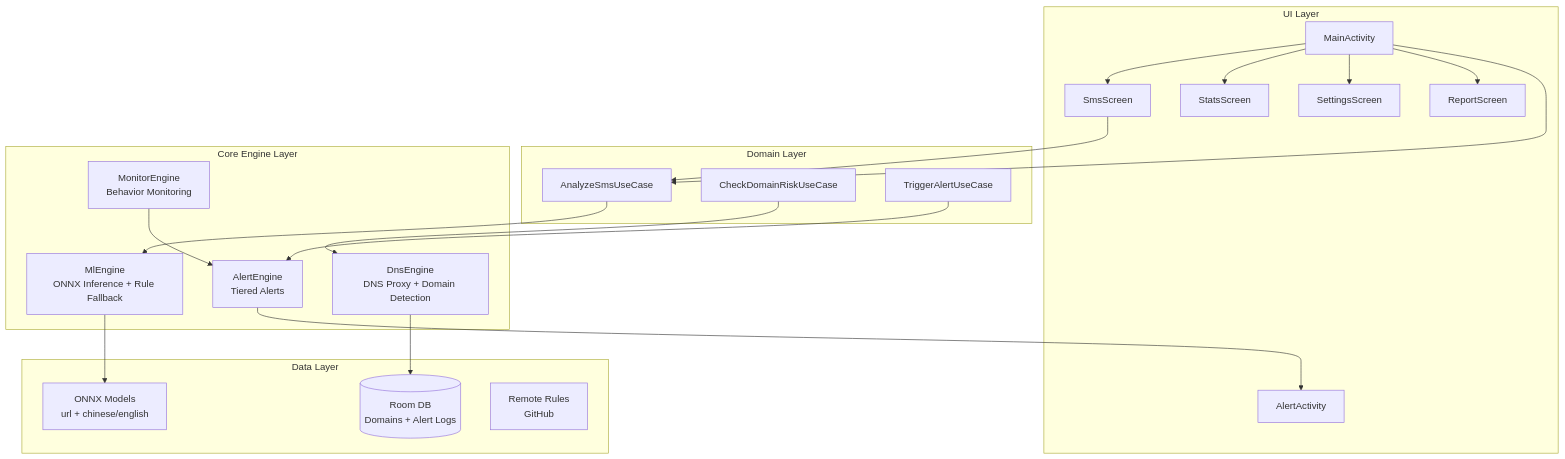
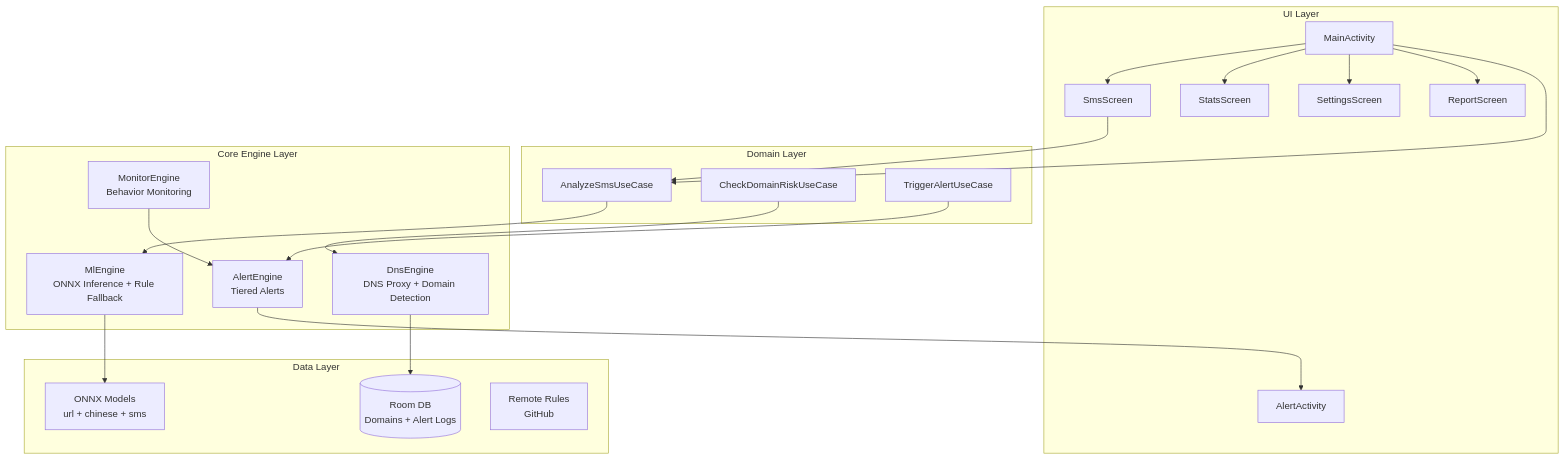
Before and after one commit to Tianshang301/TianshangGuard: the first of 3 diagrams in README.md, drawn with Mermaid. The commit also changed other lines of this file and 1 other file, not shown here.

````diff
--- a/README.md
+++ b/README.md
@@ -31,39 +32,39 @@
 ```mermaid
 graph TB
     subgraph Presentation["UI Layer"]
         A[MainActivity] --> B[SmsScreen]
         A --> C[StatsScreen]
         A --> D[SettingsScreen]
         A --> E[ReportScreen]
         F[AlertActivity]
     end
 
     subgraph Domain["Domain Layer"]
         G[AnalyzeSmsUseCase]
         H[CheckDomainRiskUseCase]
         I[TriggerAlertUseCase]
     end
 
     subgraph Core["Core Engine Layer"]
         J[DnsEngine<br/>DNS Proxy + Domain Detection]
         K[MlEngine<br/>ONNX Inference + Rule Fallback]
         L[MonitorEngine<br/>Behavior Monitoring]
         M[AlertEngine<br/>Tiered Alerts]
     end
 
     subgraph Data["Data Layer"]
         N[(Room DB<br/>Domains + Alert Logs)]
-        O[ONNX Models<br/>url + chinese/english]
+        O[ONNX Models<br/>url + chinese + sms]
         P[Remote Rules<br/>GitHub]
     end
 
     A --> G
     B --> G
     G --> K
     H --> J
     I --> M
     J --> N
     K --> O
     L --> M
     M --> F
 ```
````
